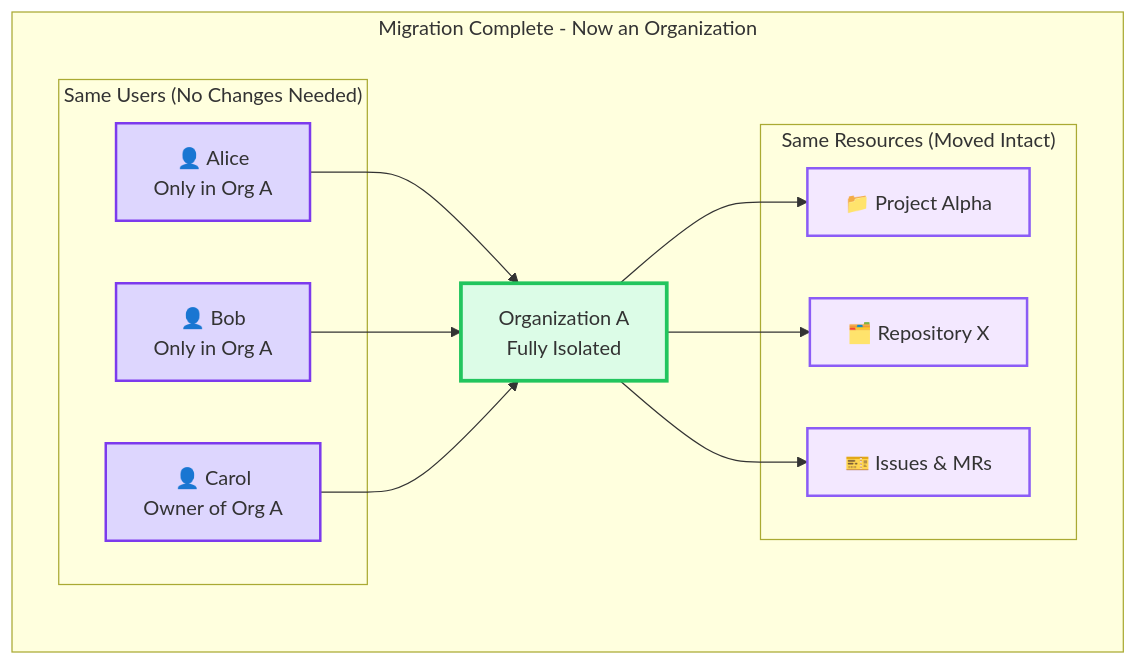
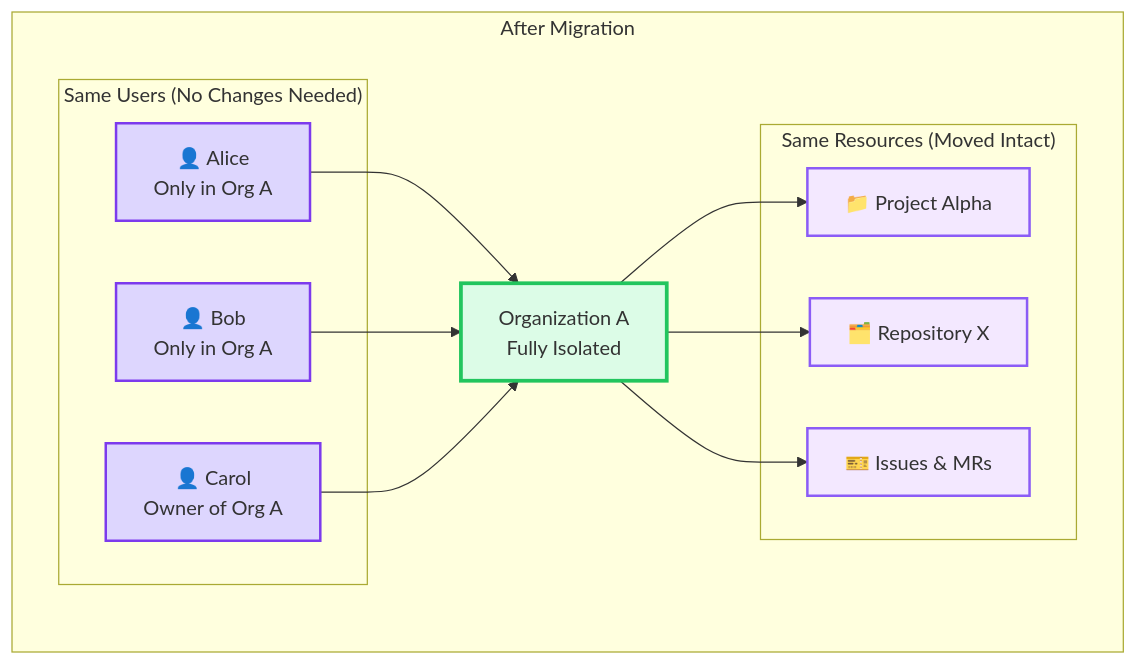
One commit to zalyoung/gitlab-handbook changed the third of 9 diagrams in content/handbook/engineering/architecture/design-documents/organization/isolation_compliance_framework.md. Above: the diagram before and after it, drawn with Mermaid. The commit also changed other lines of this file, not shown here.

Commit message:
Change diagram titles to format better

````diff
--- a/content/handbook/engineering/architecture/design-documents/organization/isolation_compliance_framework.md
+++ b/content/handbook/engineering/architecture/design-documents/organization/isolation_compliance_framework.md
@@ -378,35 +378,35 @@
 ```mermaid
 graph TD
-    subgraph "Migration Complete - Now an Organization"
+    subgraph "After Migration"
         ORG1["Organization A<br/>Fully Isolated"]
 
         subgraph "Same Users (No Changes Needed)"
             USER1[👤 Alice<br/>Only in Org A]
             USER2[👤 Bob<br/>Only in Org A]
             USER3[👤 Carol<br/>Owner of Org A]
         end
 
         subgraph "Same Resources (Moved Intact)"
             PROJ1[📁 Project Alpha]
             REPO1[🗂️ Repository X]
             ISSUE1[🎫 Issues & MRs]
         end
     end
 
     %% Same clean connections - just promoted container type
     USER1 --> ORG1
     USER2 --> ORG1
     USER3 --> ORG1
 
     ORG1 --> PROJ1
     ORG1 --> REPO1
     ORG1 --> ISSUE1
 
     classDef org_isolated fill:#dcfce7,stroke:#22c55e,stroke-width:3px
     classDef user fill:#ddd6fe,stroke:#7c3aed,stroke-width:2px
     classDef resource fill:#f3e8ff,stroke:#8b5cf6,stroke-width:2px
 
     class ORG1 org_isolated
     class USER1,USER2,USER3 user
     class PROJ1,REPO1,ISSUE1 resource
 ```
````
